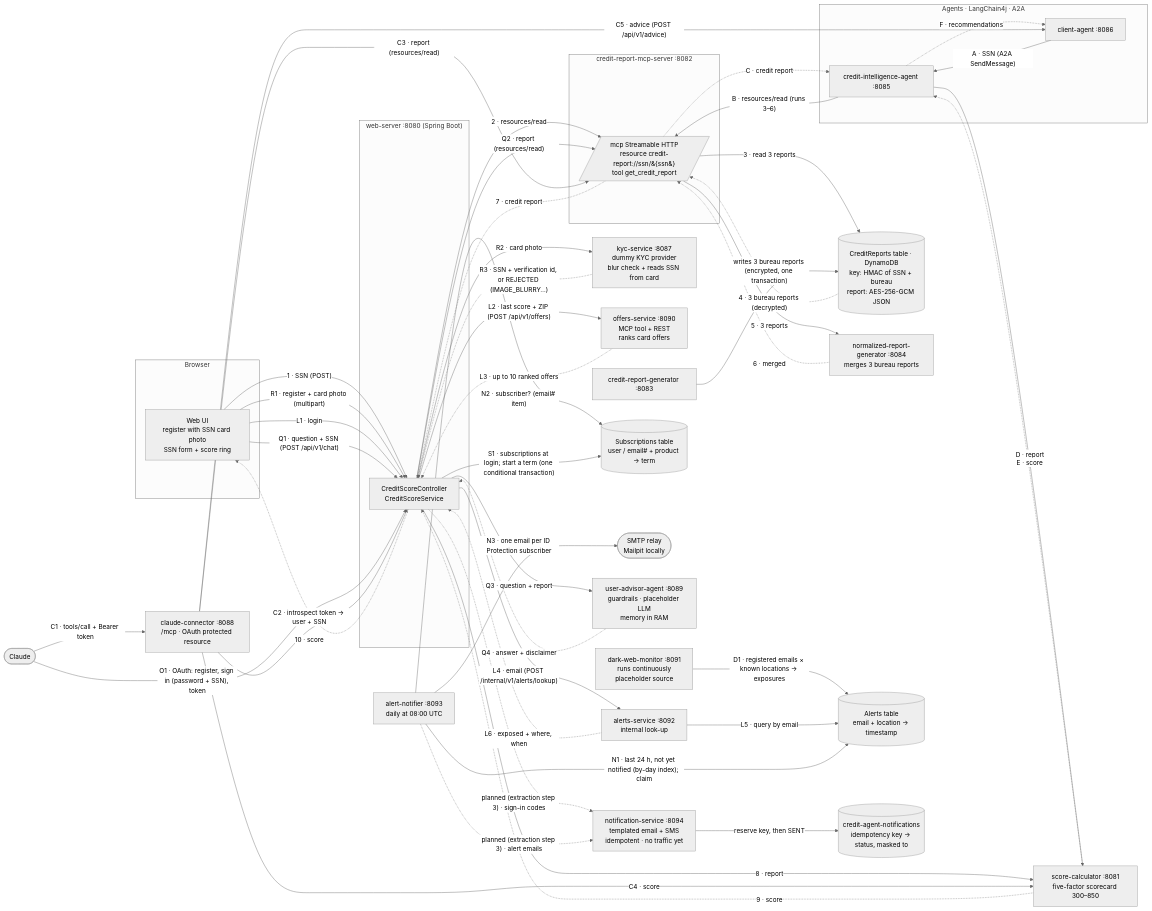
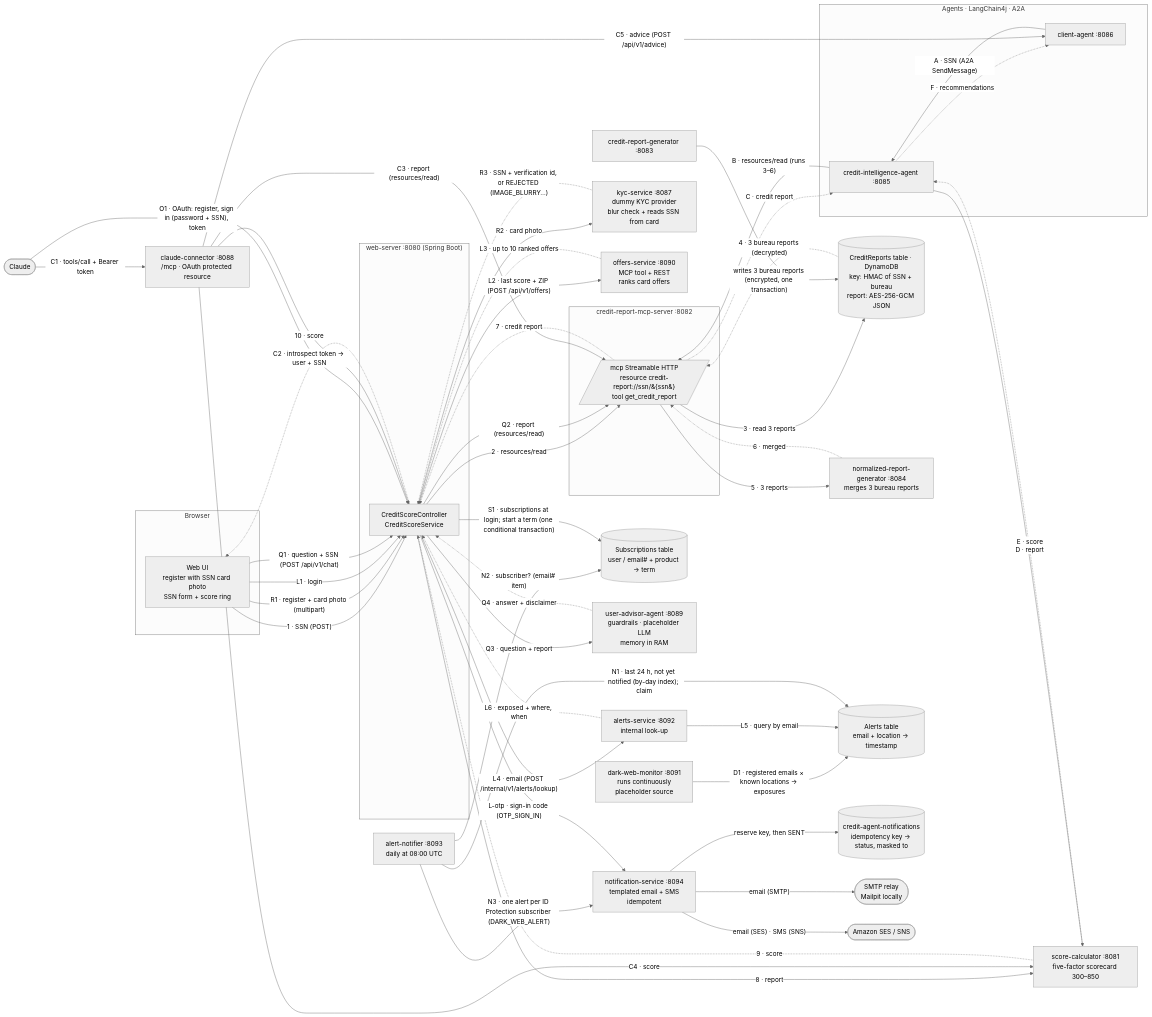
Before and after one commit to manojkhanwalkar/creditagent: the first of 8 diagrams in docs/architecture.md, drawn with Mermaid (neutral theme). The commit also changed other lines of this file and 51 other files, not shown here.

First line of the commit message:
Notifications N4: cut over to notification-service and remove the in-process senders (#43)

````diff
--- a/docs/architecture.md
+++ b/docs/architecture.md
@@ -5,78 +5,80 @@
 ```mermaid
 flowchart LR
     subgraph Browser
         UI[Web UI<br/>register with SSN card photo<br/>SSN form + score ring]
     end
     subgraph Web["web-server :8080 (Spring Boot)"]
         WS[CreditScoreController<br/>CreditScoreService]
     end
     subgraph MCP["credit-report-mcp-server :8082"]
         M[/mcp Streamable HTTP<br/>resource credit-report://ssn/&#123;ssn&#125;<br/>tool get_credit_report/]
     end
     FS[(CreditReports table · DynamoDB<br/>key: HMAC of SSN + bureau<br/>report: AES-256-GCM JSON)]
     NRG[normalized-report-generator :8084<br/>merges 3 bureau reports]
     GEN[credit-report-generator :8083]
     SC[score-calculator :8081<br/>five-factor scorecard 300–850]
     KYC[kyc-service :8087<br/>dummy KYC provider<br/>blur check + reads SSN from card]
     subgraph Agents["Agents · LangChain4j · A2A"]
         CA[client-agent :8086]
         CIA[credit-intelligence-agent :8085]
     end
     OFS[offers-service :8090<br/>MCP tool + REST<br/>ranks card offers]
     DWM[dark-web-monitor :8091<br/>runs continuously<br/>placeholder source]
     AT[(Alerts table<br/>email + location → timestamp)]
     ALS[alerts-service :8092<br/>internal look-up]
     AN[alert-notifier :8093<br/>daily at 08:00 UTC]
-    NS[notification-service :8094<br/>templated email + SMS<br/>idempotent · no traffic yet]
+    NS[notification-service :8094<br/>templated email + SMS<br/>idempotent]
     NT[(credit-agent-notifications<br/>idempotency key → status, masked to)]
     ST[(Subscriptions table<br/>user / email# + product → term)]
     MAIL([SMTP relay<br/>Mailpit locally])
+    SESSNS([Amazon SES / SNS])
     UAA[user-advisor-agent :8089<br/>guardrails · placeholder LLM<br/>memory in RAM]
     CL([Claude])
     CC[claude-connector :8088<br/>/mcp · OAuth protected resource]
 
     UI -- "1 · SSN (POST)" --> WS
     WS -- "2 · resources/read" --> M
     M -- "3 · read 3 reports" --> FS
     FS -. "4 · 3 bureau reports (decrypted)" .-> M
     M -- "5 · 3 reports" --> NRG
     NRG -. "6 · merged" .-> M
     M -. "7 · credit report" .-> WS
     WS -- "8 · report" --> SC
     SC -. "9 · score" .-> WS
     WS -. "10 · score" .-> UI
     GEN -- "writes 3 bureau reports (encrypted, one transaction)" --> FS
     UI -- "R1 · register + card photo (multipart)" --> WS
     WS -- "R2 · card photo" --> KYC
     KYC -. "R3 · SSN + verification id, or REJECTED (IMAGE_BLURRY…)" .-> WS
     CA -- "A · SSN (A2A SendMessage)" --> CIA
     CIA -- "B · resources/read (runs 3–6)" --> M
     M -. "C · credit report" .-> CIA
     CIA -- "D · report" --> SC
     SC -. "E · score" .-> CIA
     CIA -. "F · recommendations" .-> CA
     UI -- "L1 · login" --> WS
     WS -- "L2 · last score + ZIP (POST /api/v1/offers)" --> OFS
     OFS -. "L3 · up to 10 ranked offers" .-> WS
     DWM -- "D1 · registered emails × known locations → exposures" --> AT
     WS -- "L4 · email (POST /internal/v1/alerts/lookup)" --> ALS
     ALS -- "L5 · query by email" --> AT
     ALS -. "L6 · exposed + where, when" .-> WS
     AN -- "N1 · last 24 h, not yet notified (by-day index); claim" --> AT
     AN -- "N2 · subscriber? (email# item)" --> ST
-    AN -- "N3 · one email per ID Protection subscriber" --> MAIL
+    AN -- "N3 · one alert per ID Protection subscriber (DARK_WEB_ALERT)" --> NS
     WS -- "S1 · subscriptions at login; start a term (one conditional transaction)" --> ST
     UI -- "Q1 · question + SSN (POST /api/v1/chat)" --> WS
     WS -- "Q2 · report (resources/read)" --> M
     WS -- "Q3 · question + report" --> UAA
     UAA -. "Q4 · answer + disclaimer" .-> WS
     CL -- "O1 · OAuth: register, sign in (password + SSN), token" --> WS
     CL -- "C1 · tools/call + Bearer token" --> CC
     CC -- "C2 · introspect token → user + SSN" --> WS
     CC -- "C3 · report (resources/read)" --> M
     CC -- "C4 · score" --> SC
     CC -- "C5 · advice (POST /api/v1/advice)" --> CA
-    WS -. "planned (extraction step 3) · sign-in codes" .-> NS
-    AN -. "planned (extraction step 3) · alert emails" .-> NS
+    WS -- "L-otp · sign-in code (OTP_SIGN_IN)" --> NS
     NS -- "reserve key, then SENT" --> NT
+    NS -- "email (SES) · SMS (SNS)" --> SESSNS
+    NS -- "email (SMTP)" --> MAIL
 ```
````
